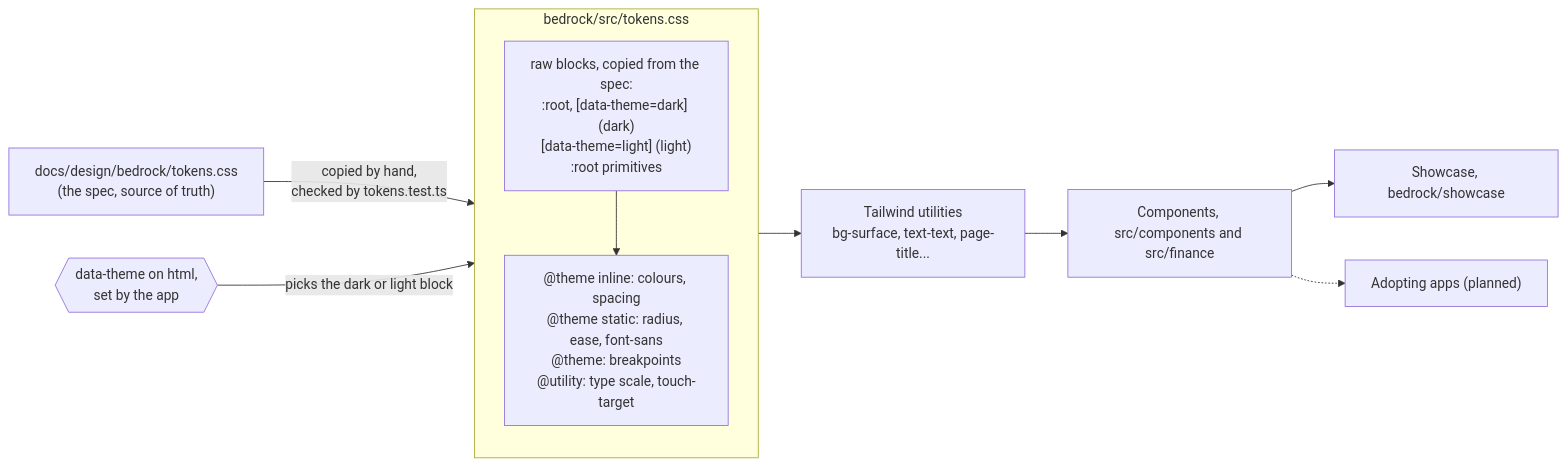
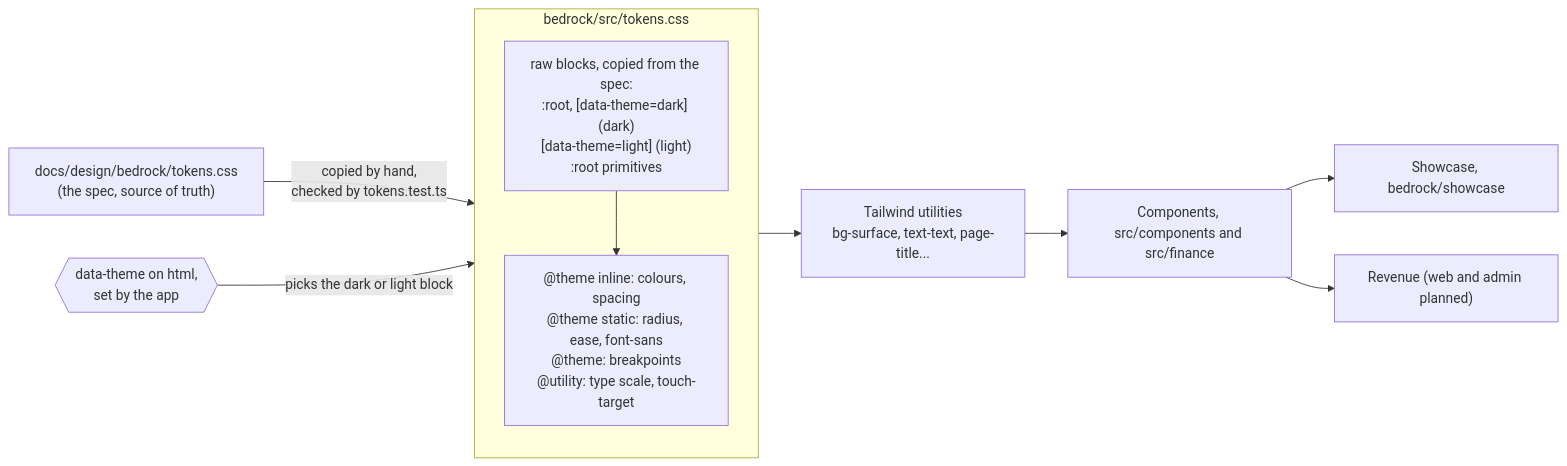
The diagram in docs/architecture/bedrock.md (AbnerWillclefy/Homeowner), drawn with Mermaid before and after one commit. The commit also changed other lines of this file and 1 other file, not shown here.

Commit message:
docs(architecture): show Revenue as Bedrock's first adopter and as a container

````diff
--- a/docs/architecture/bedrock.md
+++ b/docs/architecture/bedrock.md
@@ -28,20 +30,20 @@
 ```mermaid
 flowchart LR
     SPEC["docs/design/bedrock/tokens.css<br/>(the spec, source of truth)"]
     subgraph TOK["bedrock/src/tokens.css"]
       direction TB
       RAW["raw blocks, copied from the spec:<br/>:root, [data-theme=dark] (dark)<br/>[data-theme=light] (light)<br/>:root primitives"]
       TW["@theme inline: colours, spacing<br/>@theme static: radius, ease, font-sans<br/>@theme: breakpoints<br/>@utility: type scale, touch-target"]
       RAW --> TW
     end
     SW{{"data-theme on html,<br/>set by the app"}}
     UTIL["Tailwind utilities<br/>bg-surface, text-text, page-title..."]
     COMP["Components, src/components and src/finance"]
     SHOW["Showcase, bedrock/showcase"]
-    APP["Adopting apps (planned)"]
+    APP["Revenue (web and admin planned)"]
     SPEC -->|"copied by hand,<br/>checked by tokens.test.ts"| RAW
     SW -->|"picks the dark or light block"| RAW
     TW --> UTIL --> COMP
     COMP --> SHOW
-    COMP -.-> APP
+    COMP --> APP
 ```
````
